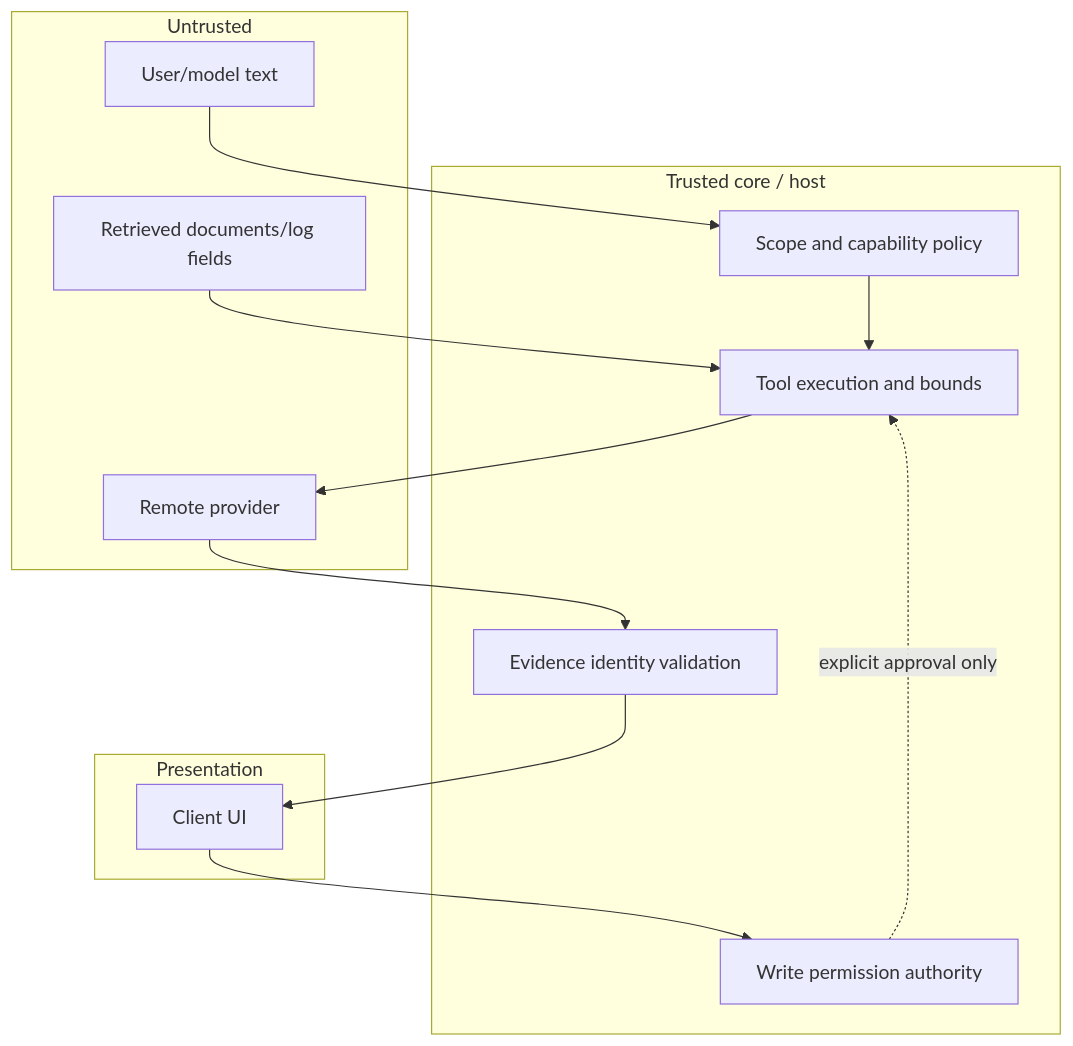
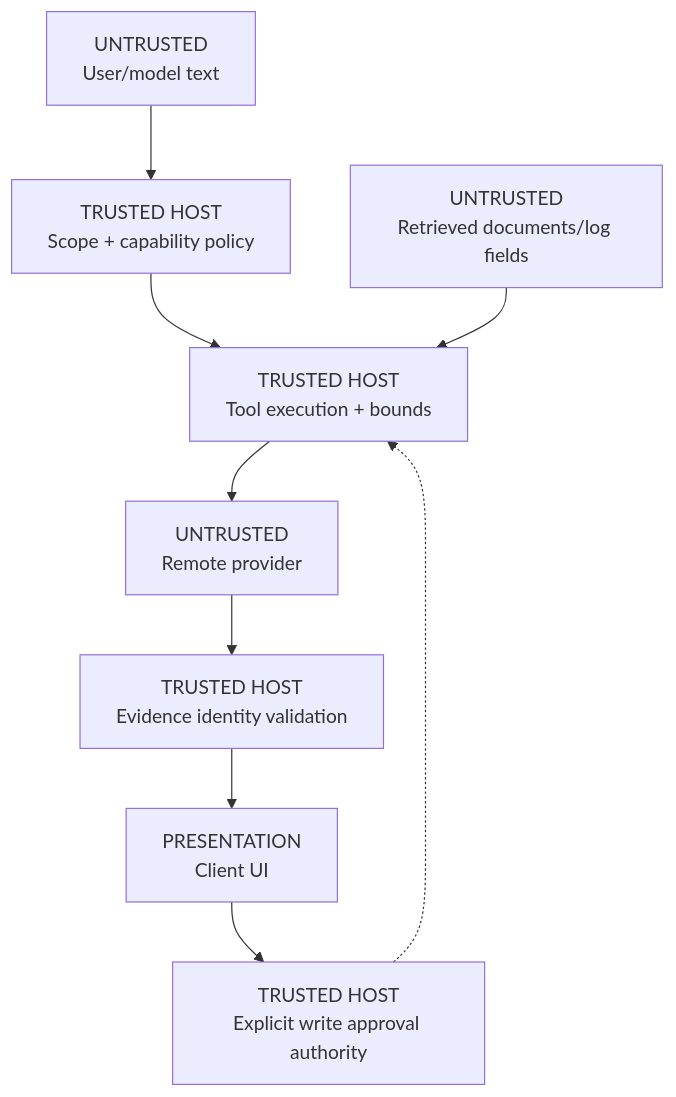
Before and after one commit to chriscase/ContextDesk: the second of 2 diagrams in docs/design/proven-methods/DETERMINISTIC_CONTEXT_ASSEMBLY.md, drawn with Mermaid. The commit also changed other lines of this file and 4 other files, not shown here.

Commit message:
docs(handbook): add explanatory method diagrams (#685)

````diff
--- a/docs/design/proven-methods/DETERMINISTIC_CONTEXT_ASSEMBLY.md
+++ b/docs/design/proven-methods/DETERMINISTIC_CONTEXT_ASSEMBLY.md
@@ -194,26 +191,21 @@
 ```mermaid
 flowchart TB
-    subgraph Untrusted
-        U["User/model text"]
-        D["Retrieved documents/log fields"]
-        P["Remote provider"]
-    end
-    subgraph Trusted["Trusted core / host"]
-        S["Scope and capability policy"]
-        T["Tool execution and bounds"]
-        V["Evidence identity validation"]
-        W["Write permission authority"]
-    end
-    subgraph Presentation
-        C["Client UI"]
-    end
+%% title: Context assembly trust and authority boundaries
+    U["UNTRUSTED<br/>User/model text"]
+    D["UNTRUSTED<br/>Retrieved documents/log fields"]
+    P["UNTRUSTED<br/>Remote provider"]
+    S["TRUSTED HOST<br/>Scope + capability policy"]
+    T["TRUSTED HOST<br/>Tool execution + bounds"]
+    V["TRUSTED HOST<br/>Evidence identity validation"]
+    W["TRUSTED HOST<br/>Explicit write approval authority"]
+    C["PRESENTATION<br/>Client UI"]
 
     U --> S
     S --> T
     D --> T
     T --> P
     P --> V
     V --> C
     C --> W
-    W -. "explicit approval only" .-> T
+    W -.-> T
 ```
````
